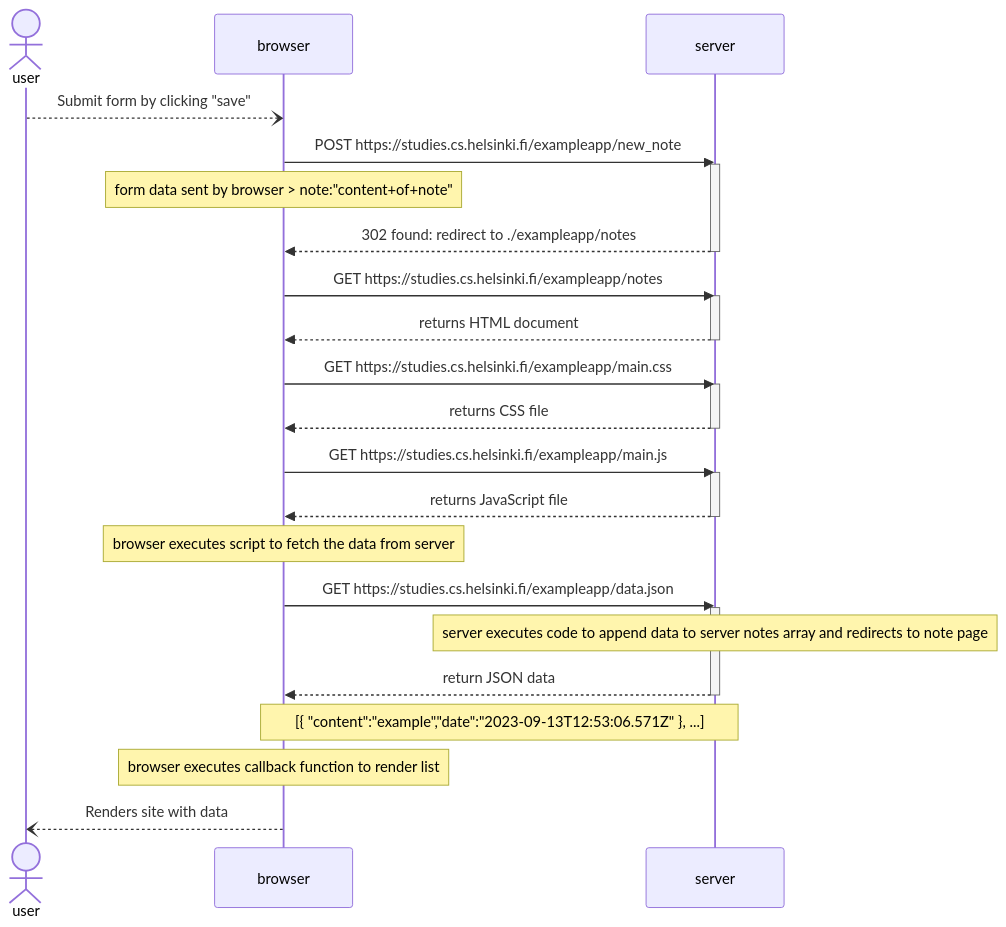
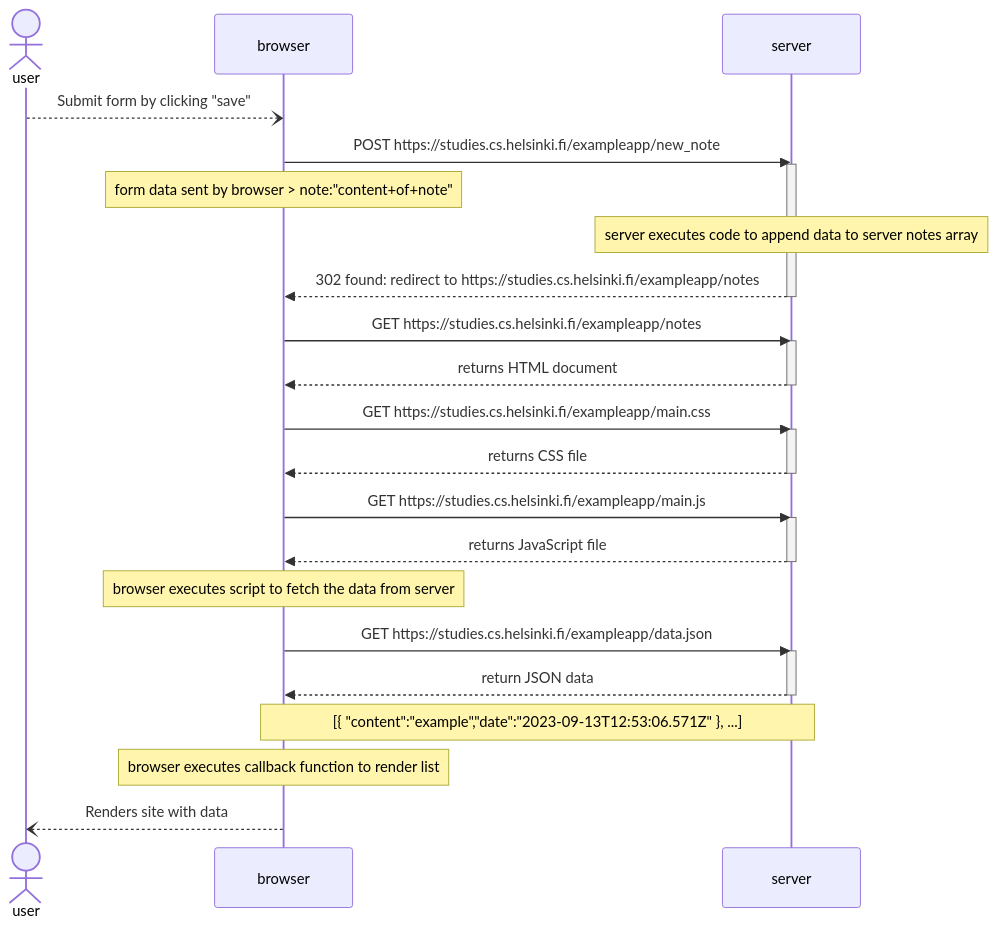
The diagram in part0/0.4-new-note-diagram.md (Dani-0TB/fullstack-open-submissions), drawn with Mermaid before and after one commit.

Commit message:
fixed major error with operation order

````diff
--- a/part0/0.4-new-note-diagram.md
+++ b/part0/0.4-new-note-diagram.md
@@ -3,42 +3,42 @@
 ```mermaid
 
 sequenceDiagram
   actor user
   participant browser
   participant server
 
   user--)browser: Submit form by clicking "save"
   browser->>server: POST https://studies.cs.helsinki.fi/exampleapp/new_note
   activate server
   note over browser: form data sent by browser > note:"content+of+note"
-  server-->>browser: 302 found: redirect to ./exampleapp/notes
+  note over server: server executes code to append data to server notes array
+  server-->>browser: 302 found: redirect to https://studies.cs.helsinki.fi/exampleapp/notes
   deactivate server
 
   browser->>server: GET https://studies.cs.helsinki.fi/exampleapp/notes
   activate server
   server-->>browser: returns HTML document
   deactivate server
 
   browser->>server: GET https://studies.cs.helsinki.fi/exampleapp/main.css
   activate server
   server-->>browser: returns CSS file
   deactivate server
 
   browser->>server: GET https://studies.cs.helsinki.fi/exampleapp/main.js
   activate server
   server-->>browser: returns JavaScript file
   deactivate server
   note over browser: browser executes script to fetch the data from server
 
   browser->>server: GET https://studies.cs.helsinki.fi/exampleapp/data.json
   activate server
-  note over server: server executes code to append data to server notes array and redirects to note page
   server-->>browser: return JSON data
   deactivate server
   note over browser,server: [{ "content":"example","date":"2023-09-13T12:53:06.571Z" }, ...]
   
 
   note over browser: browser executes callback function to render list
   browser--)user: Renders site with data
 
 ```
````
